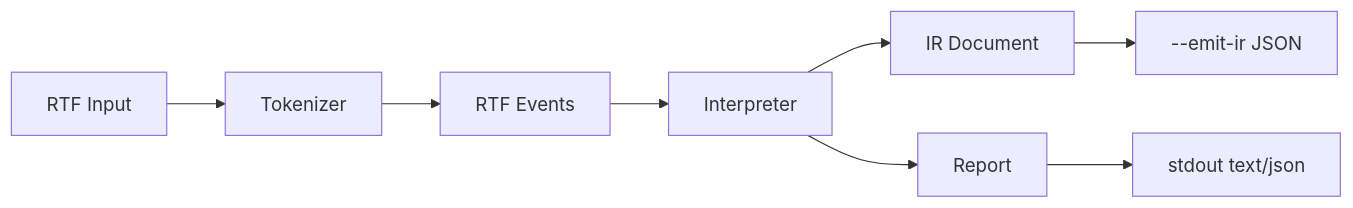
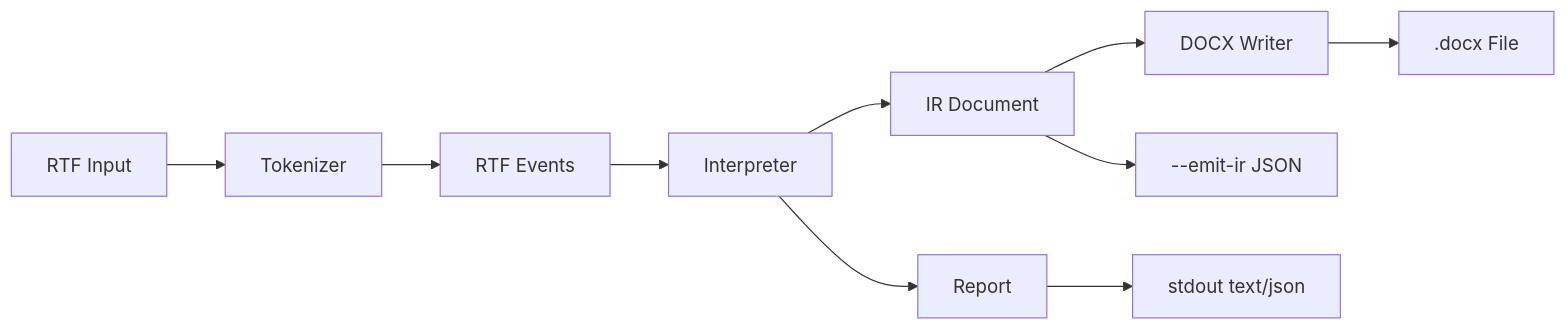
Before and after one commit to TorstenCScholz/rtfkit: the diagram in docs/arch/README.md, drawn with Mermaid. The commit also changed other lines of this file and 20 other files, not shown here.

````diff
--- a/docs/arch/README.md
+++ b/docs/arch/README.md
@@ -9,10 +9,12 @@
 ```mermaid
 flowchart LR
     RTF[RTF Input] --> Tokenizer[Tokenizer]
     Tokenizer --> Events[RTF Events]
     Events --> Interpreter[Interpreter]
     Interpreter --> IR[IR Document]
     Interpreter --> Report[Report]
+    IR --> DOCXWriter[DOCX Writer]
+    DOCXWriter --> DOCXFile[.docx File]
     IR --> CLI[--emit-ir JSON]
     Report --> CLIOut[stdout text/json]
 ```
````
